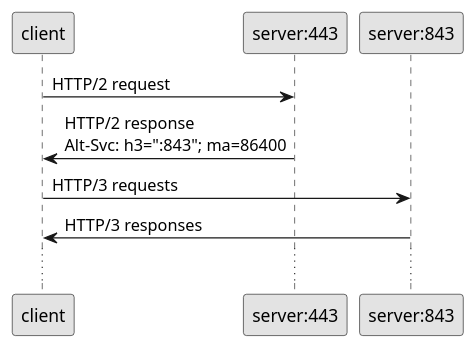
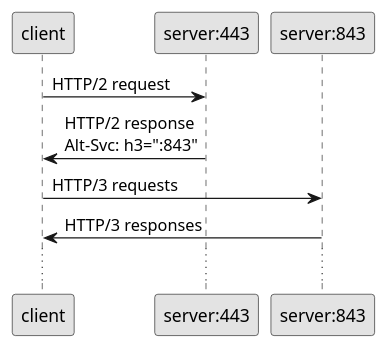
The third of 3 diagrams in documentation/jetty/modules/programming-guide/pages/server/http.adoc (jetty/jetty.project), drawn with PlantUML before and after one commit. The commit also changed other lines of this file and 1 other file, not shown here.

```diff
--- a/documentation/jetty/modules/programming-guide/pages/server/http.adoc
+++ b/documentation/jetty/modules/programming-guide/pages/server/http.adoc
@@ -565,16 +554,16 @@
 [plantuml]
 ----
 skinparam backgroundColor transparent
 skinparam monochrome true
 skinparam shadowing false
 
 participant client
 participant "server:443" as h2server
 participant "server:843" as h3server
 
 client -> h2server : HTTP/2 request
-h2server -> client : HTTP/2 response\nAlt-Svc: h3=":843"; ma=86400
+h2server -> client : HTTP/2 response\nAlt-Svc: h3=":843"
 client -> h3server : HTTP/3 requests
 h3server -> client : HTTP/3 responses
 ...
 ----
```
